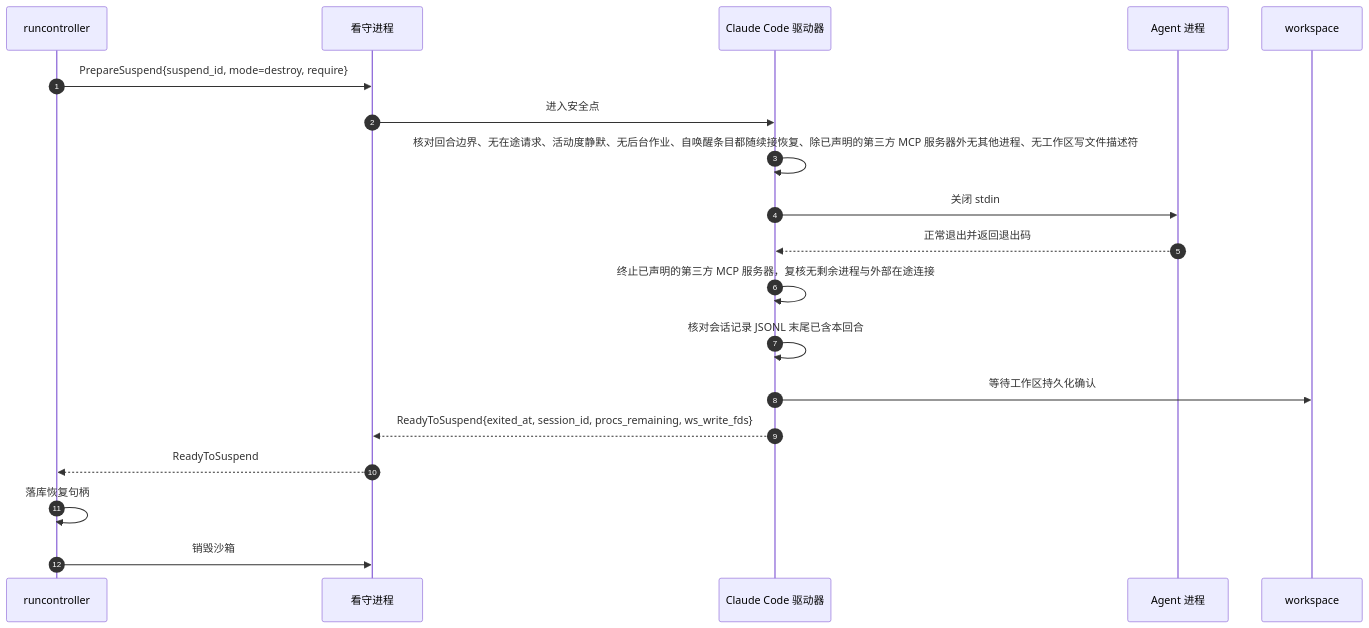
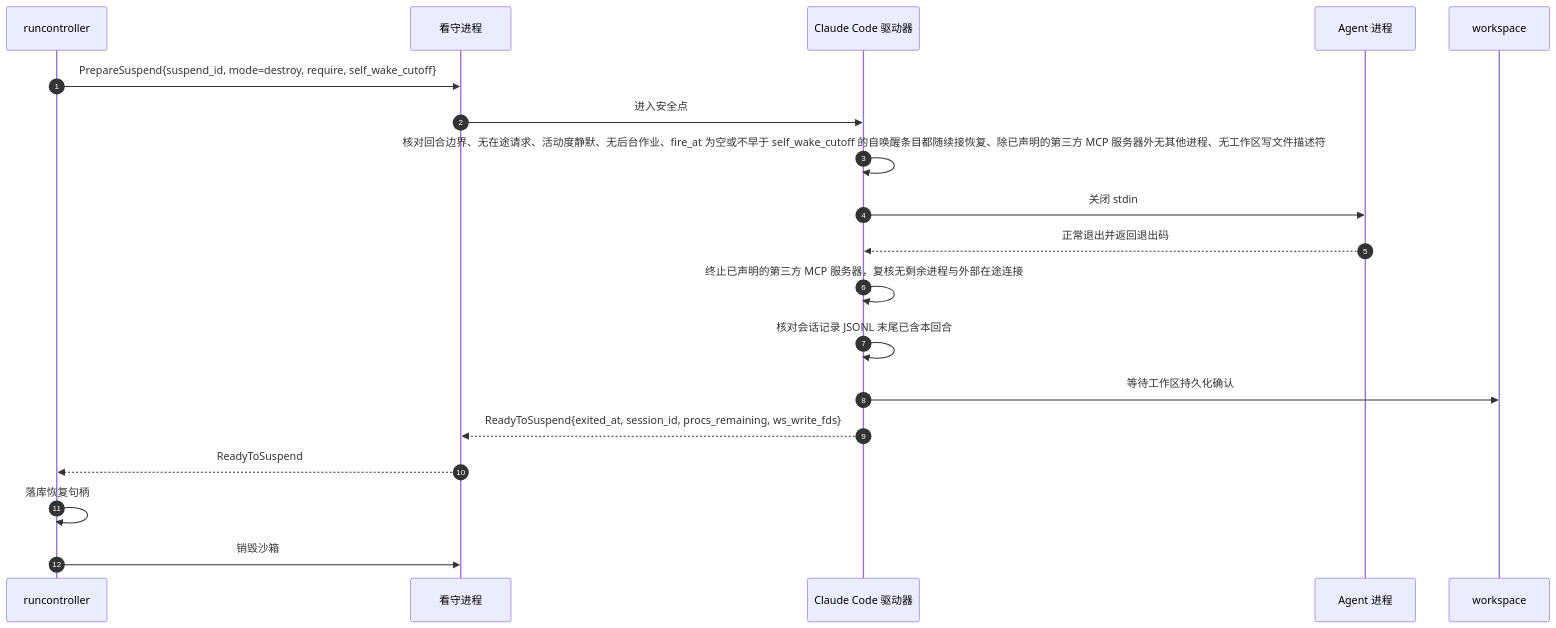
Before and after one commit to wangzw/castworks: the third of 4 diagrams in docs/design/modules/warden/design-warden-driver-claude-code.md, drawn with Mermaid. The commit also changed other lines of this file and 13 other files, not shown here.

````diff
--- a/docs/design/modules/warden/design-warden-driver-claude-code.md
+++ b/docs/design/modules/warden/design-warden-driver-claude-code.md
@@ -214,21 +215,21 @@
 ```mermaid
 sequenceDiagram
     autonumber
     participant R as runcontroller
     participant W as 看守进程
     participant D as Claude Code 驱动器
     participant A as Agent 进程
     participant S as workspace
-    R->>W: PrepareSuspend{suspend_id, mode=destroy, require}
+    R->>W: PrepareSuspend{suspend_id, mode=destroy, require, self_wake_cutoff}
     W->>D: 进入安全点
-    D->>D: 核对回合边界、无在途请求、活动度静默、无后台作业、自唤醒条目都随续接恢复、除已声明的第三方 MCP 服务器外无其他进程、无工作区写文件描述符
+    D->>D: 核对回合边界、无在途请求、活动度静默、无后台作业、fire_at 为空或不早于 self_wake_cutoff 的自唤醒条目都随续接恢复、除已声明的第三方 MCP 服务器外无其他进程、无工作区写文件描述符
     D->>A: 关闭 stdin
     A-->>D: 正常退出并返回退出码
     D->>D: 终止已声明的第三方 MCP 服务器，复核无剩余进程与外部在途连接
     D->>D: 核对会话记录 JSONL 末尾已含本回合
     D->>S: 等待工作区持久化确认
     D-->>W: ReadyToSuspend{exited_at, session_id, procs_remaining, ws_write_fds}
     W-->>R: ReadyToSuspend
     R->>R: 落库恢复句柄
     R->>W: 销毁沙箱
 ```
````
